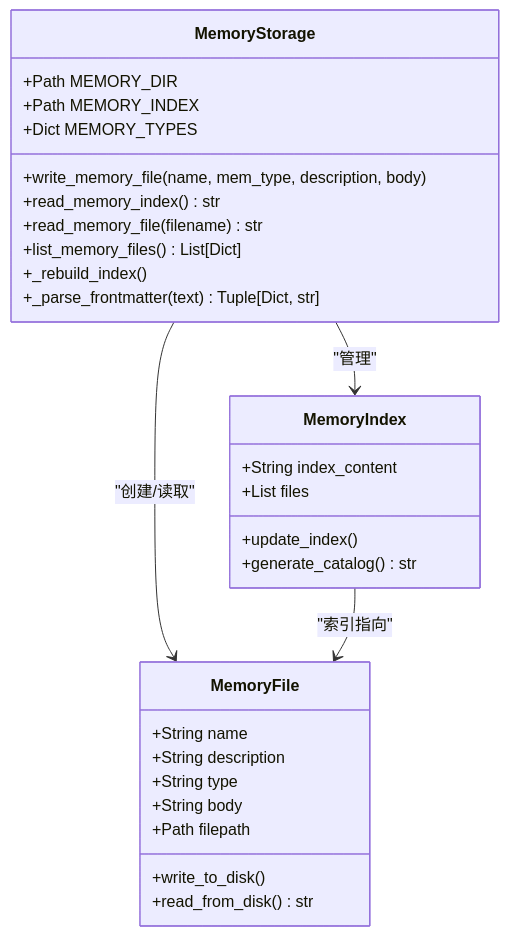
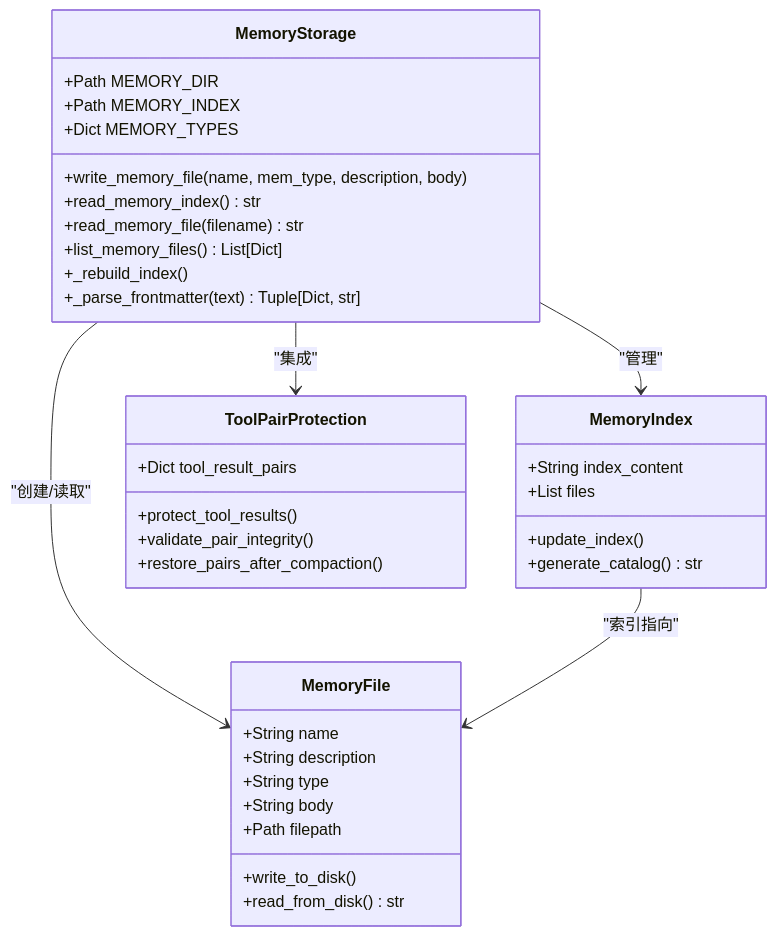
One commit to haolange/learn-claude-code changed the third of 8 diagrams in .qoder/repowiki/zh/content/持久化系统/记忆系统.md. Above: the diagram before and after it, drawn with Mermaid. The commit also changed other lines of this file and 6 other files, not shown here.

````diff
--- a/.qoder/repowiki/zh/content/持久化系统/记忆系统.md
+++ b/.qoder/repowiki/zh/content/持久化系统/记忆系统.md
@@ -148,32 +166,39 @@
 ```mermaid
 classDiagram
 class MemoryStorage {
 +Path MEMORY_DIR
 +Path MEMORY_INDEX
 +Dict MEMORY_TYPES
 +write_memory_file(name, mem_type, description, body)
 +read_memory_index() str
 +read_memory_file(filename) str
 +list_memory_files() List[Dict]
 +_rebuild_index()
 +_parse_frontmatter(text) Tuple[Dict, str]
 }
 class MemoryIndex {
 +String index_content
 +List files
 +update_index()
 +generate_catalog() str
 }
 class MemoryFile {
 +String name
 +String description
 +String type
 +String body
 +Path filepath
 +write_to_disk()
 +read_from_disk() str
 }
+class ToolPairProtection {
++Dict tool_result_pairs
++protect_tool_results()
++validate_pair_integrity()
++restore_pairs_after_compaction()
+}
 MemoryStorage --> MemoryIndex : "管理"
 MemoryStorage --> MemoryFile : "创建/读取"
 MemoryIndex --> MemoryFile : "索引指向"
+MemoryStorage --> ToolPairProtection : "集成"
 ```
````
